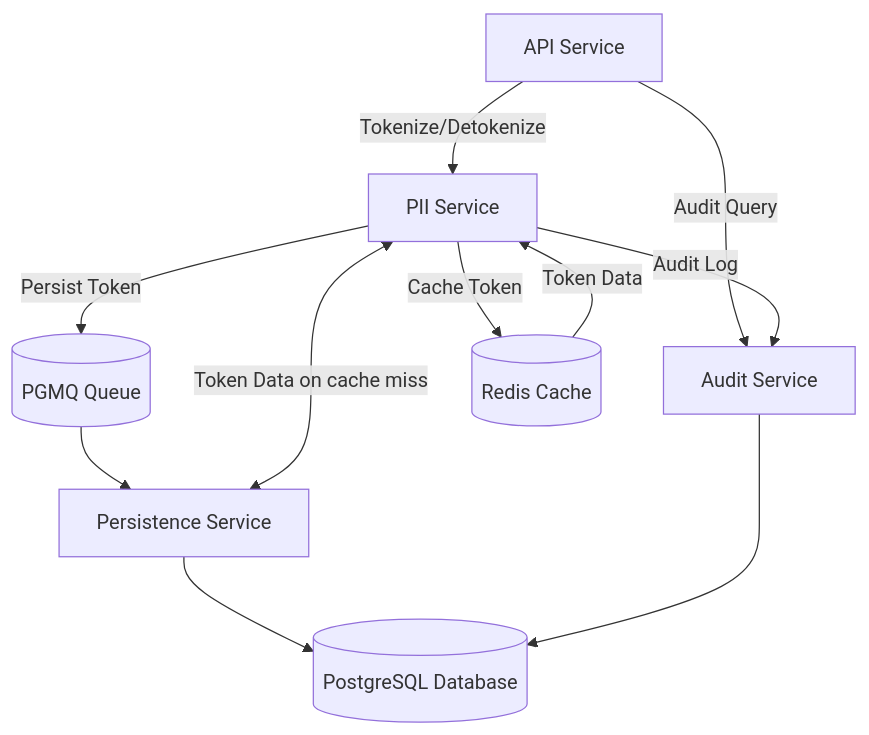
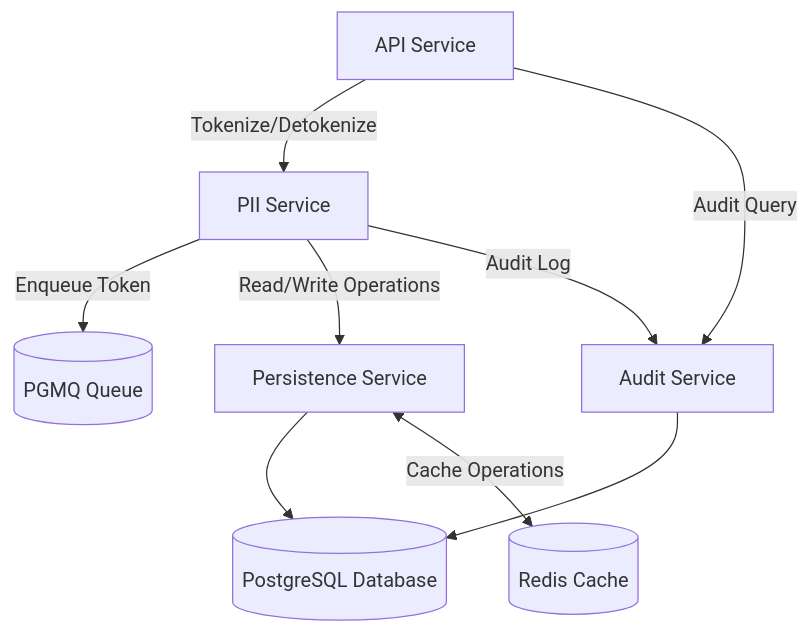
The diagram in README.md (PlainFunction/mistokenly), drawn with Mermaid before and after one commit.

Commit message:
Adjust diagram

````diff
--- a/README.md
+++ b/README.md
@@ -38,21 +38,19 @@
 ```mermaid
 flowchart TD
     APIGW[API Service]
     PII[PII Service]
     Persist[Persistence Service]
     Audit[Audit Service]
     DB[(PostgreSQL Database)]
     MQ[(PGMQ Queue)]
     Redis[(Redis Cache)]
 
     APIGW -->|Tokenize/Detokenize| PII
     APIGW -->|Audit Query| Audit
-    PII -->|Persist Token| MQ
-    MQ --> Persist
+    PII -->|Enqueue Token| MQ
+    PII -->|Read/Write Operations| Persist
     Persist --> DB
+    Persist <-->|Cache Operations| Redis
     PII -->|Audit Log| Audit
     Audit --> DB
-    PII <-->|Token Data on cache miss| Persist
-    PII -->|Cache Token| Redis
-    Redis -->|Token Data| PII
 ```
````
